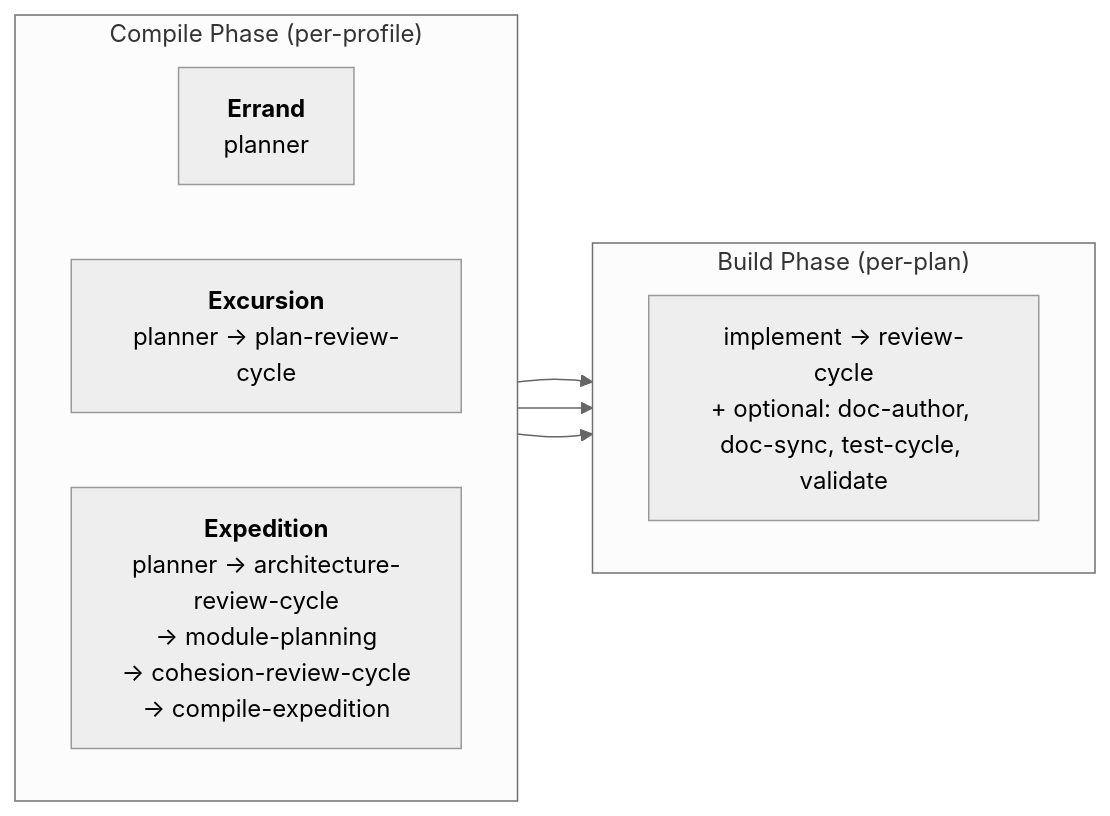
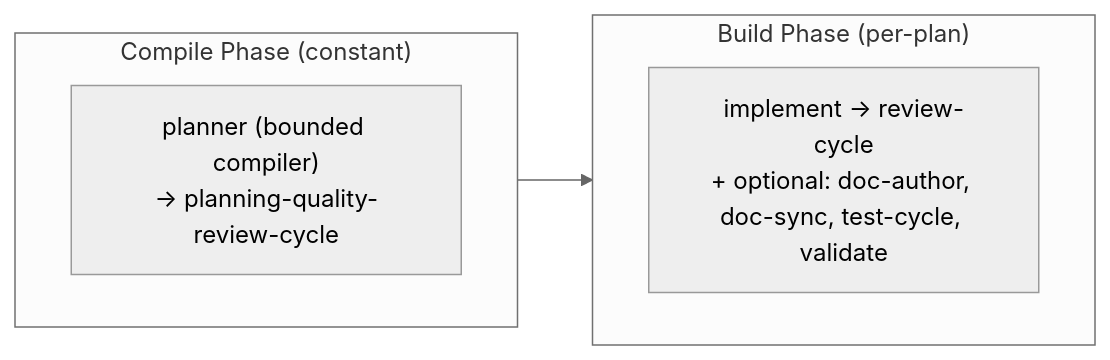
One commit to eforge-build/eforge changed the third of 4 diagrams in docs/architecture.md. Above: the diagram before and after it, drawn with Mermaid (neutral theme). The commit also changed other lines of this file and 34 other files, not shown here.

````diff
--- a/docs/architecture.md
+++ b/docs/architecture.md
@@ -181,18 +180,14 @@
 ```mermaid
 graph LR
-    subgraph Compile ["Compile Phase (per-profile)"]
+    subgraph Compile ["Compile Phase (constant)"]
         direction LR
-        E["<b>Errand</b><br/>planner"]
-        X["<b>Excursion</b><br/>planner → plan-review-cycle"]
-        XP["<b>Expedition</b><br/>planner → architecture-review-cycle<br/>→ module-planning<br/>→ cohesion-review-cycle<br/>→ compile-expedition"]
+        C["planner (bounded compiler)<br/>→ planning-quality-review-cycle"]
     end
 
     subgraph Build ["Build Phase (per-plan)"]
         direction LR
         B["implement → review-cycle<br/>+ optional: doc-author, doc-sync, test-cycle, validate"]
     end
 
-    E --> B
-    X --> B
-    XP --> B
+    C --> B
 ```
````
